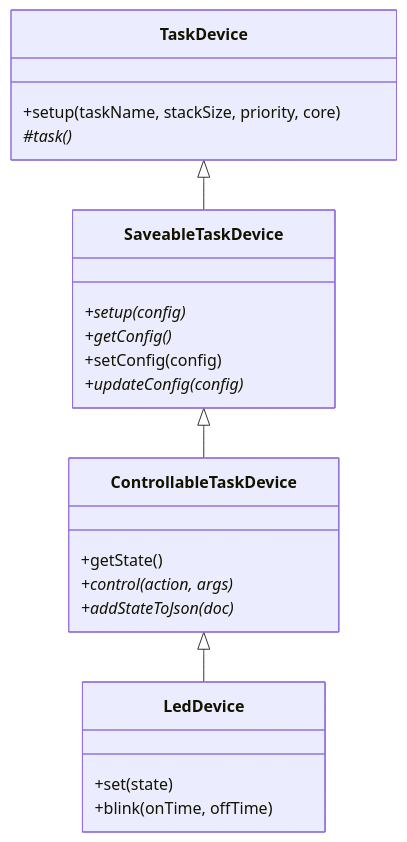
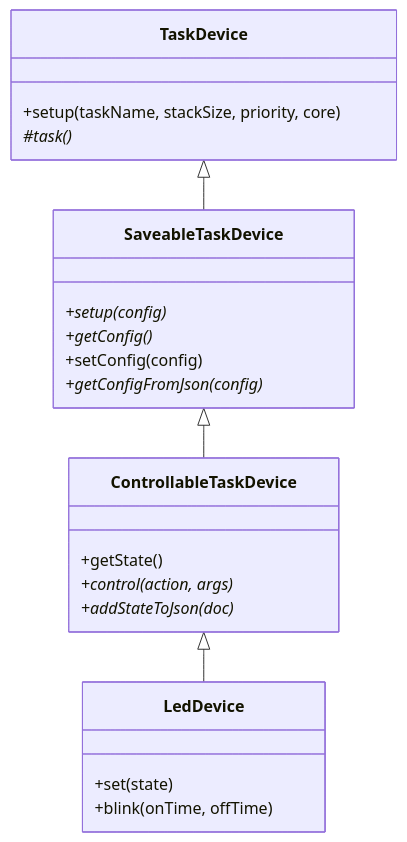
The diagram in esp32_ws/task-device.md (jovdb/marble-track), drawn with Mermaid before and after one commit. The commit also changed other lines of this file and 5 other files, not shown here.

Commit message:
Rename updateConfig to getConfigFromJson in

````diff
--- a/esp32_ws/task-device.md
+++ b/esp32_ws/task-device.md
@@ -5,29 +5,29 @@
 ```mermaid
 classDiagram
     class TaskDevice {
         +setup(taskName, stackSize, priority, core)
         #task()*
     }
 
     class ControllableTaskDevice {
         +getState()
         +control(action, args)*
         +addStateToJson(doc)*
     }
 
     class SaveableTaskDevice {
         +setup(config)*
         +getConfig()*
         +setConfig(config)
-        +updateConfig(config)*
+        +getConfigFromJson(config)*
     }
     
     class LedDevice {
         +set(state)
         +blink(onTime, offTime)
     }
 
     TaskDevice <|-- SaveableTaskDevice
     SaveableTaskDevice <|-- ControllableTaskDevice
     ControllableTaskDevice <|-- LedDevice
 ```
````
